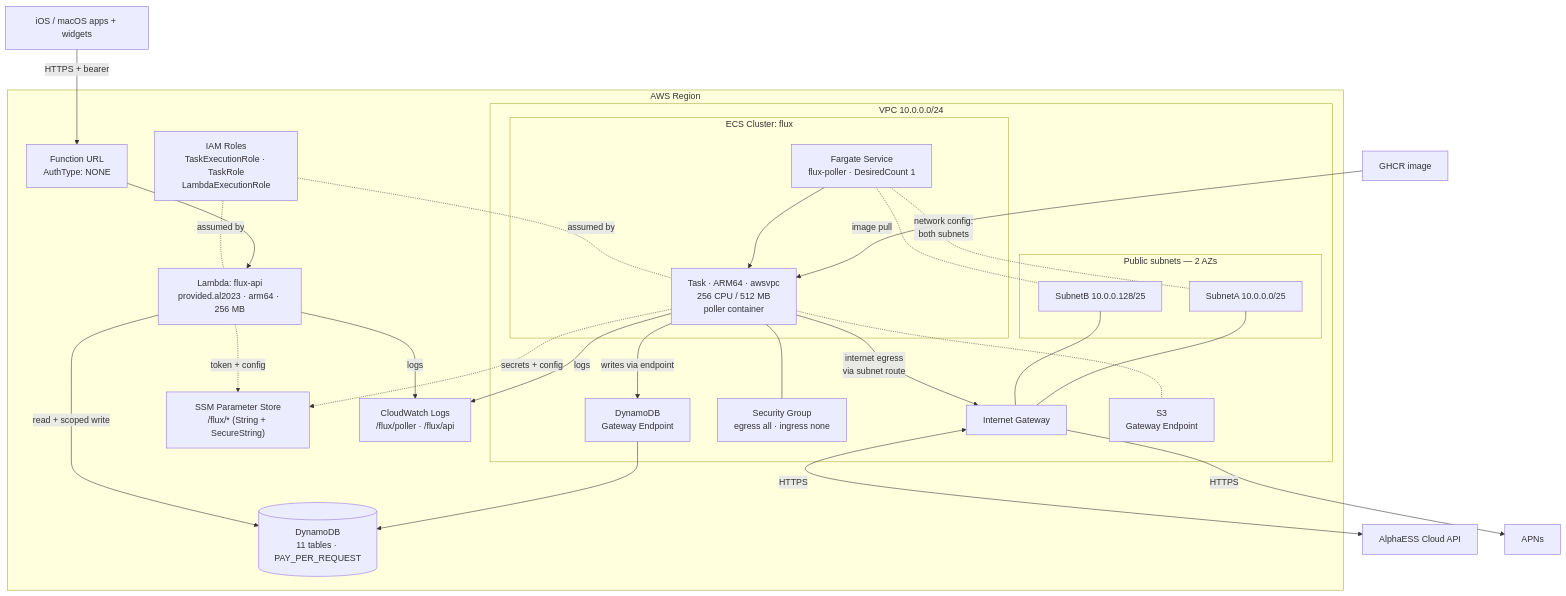
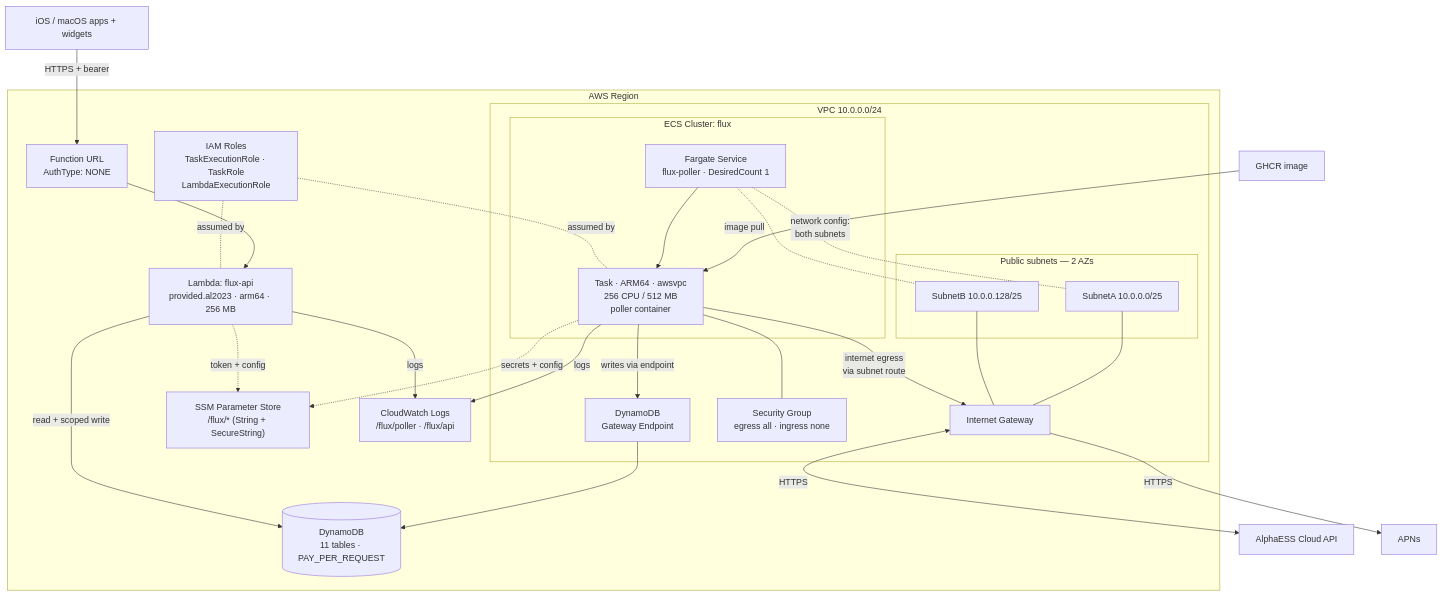
Before and after one commit to ArjenSchwarz/flux: the third of 8 diagrams in docs/architecture-diagrams.md, drawn with Mermaid. The commit also changed other lines of this file and 1 other file, not shown here.

First line of the commit message:
[doc]: Address review round 2 — TTL accuracy and S3 endpoint

````diff
--- a/docs/architecture-diagrams.md
+++ b/docs/architecture-diagrams.md
@@ -93,52 +93,50 @@
 ```mermaid
 flowchart TB
     ghcr["GHCR image"]
     alpha["AlphaESS Cloud API"]
     apns["APNs"]
     apps["iOS / macOS apps + widgets"]
 
     subgraph region["AWS Region"]
         subgraph vpc["VPC 10.0.0.0/24"]
             igw["Internet Gateway"]
             sg["Security Group<br/>egress all · ingress none"]
             subgraph subnets["Public subnets — 2 AZs"]
                 subnetA["SubnetA 10.0.0.0/25"]
                 subnetB["SubnetB 10.0.0.128/25"]
             end
             subgraph ecs["ECS Cluster: flux"]
                 svc["Fargate Service<br/>flux-poller · DesiredCount 1"]
                 task["Task · ARM64 · awsvpc<br/>256 CPU / 512 MB<br/>poller container"]
             end
             ddbep["DynamoDB<br/>Gateway Endpoint"]
-            s3ep["S3<br/>Gateway Endpoint"]
         end
 
         furl["Function URL<br/>AuthType: NONE"]
         lambda["Lambda: flux-api<br/>provided.al2023 · arm64 · 256 MB"]
         ddb[("DynamoDB<br/>11 tables · PAY_PER_REQUEST")]
         ssm["SSM Parameter Store<br/>/flux/* (String + SecureString)"]
         logs["CloudWatch Logs<br/>/flux/poller · /flux/api"]
         iam["IAM Roles<br/>TaskExecutionRole · TaskRole<br/>LambdaExecutionRole"]
     end
 
     ghcr -->|"image pull"| task
     svc --> task
     svc -. "network config:<br/>both subnets" .- subnetA
     svc -.- subnetB
     task --- sg
-    task -.- s3ep
     subnetA --- igw
     subnetB --- igw
     task -->|"internet egress<br/>via subnet route"| igw
     igw <-->|HTTPS| alpha
     igw -->|HTTPS| apns
     task -->|"writes via endpoint"| ddbep --> ddb
     task -.->|"secrets + config"| ssm
     task -->|logs| logs
     apps -->|"HTTPS + bearer"| furl --> lambda
     lambda -->|"read + scoped write"| ddb
     lambda -.->|"token + config"| ssm
     lambda -->|logs| logs
     iam -. assumed by .- task
     iam -. assumed by .- lambda
 ```
````
